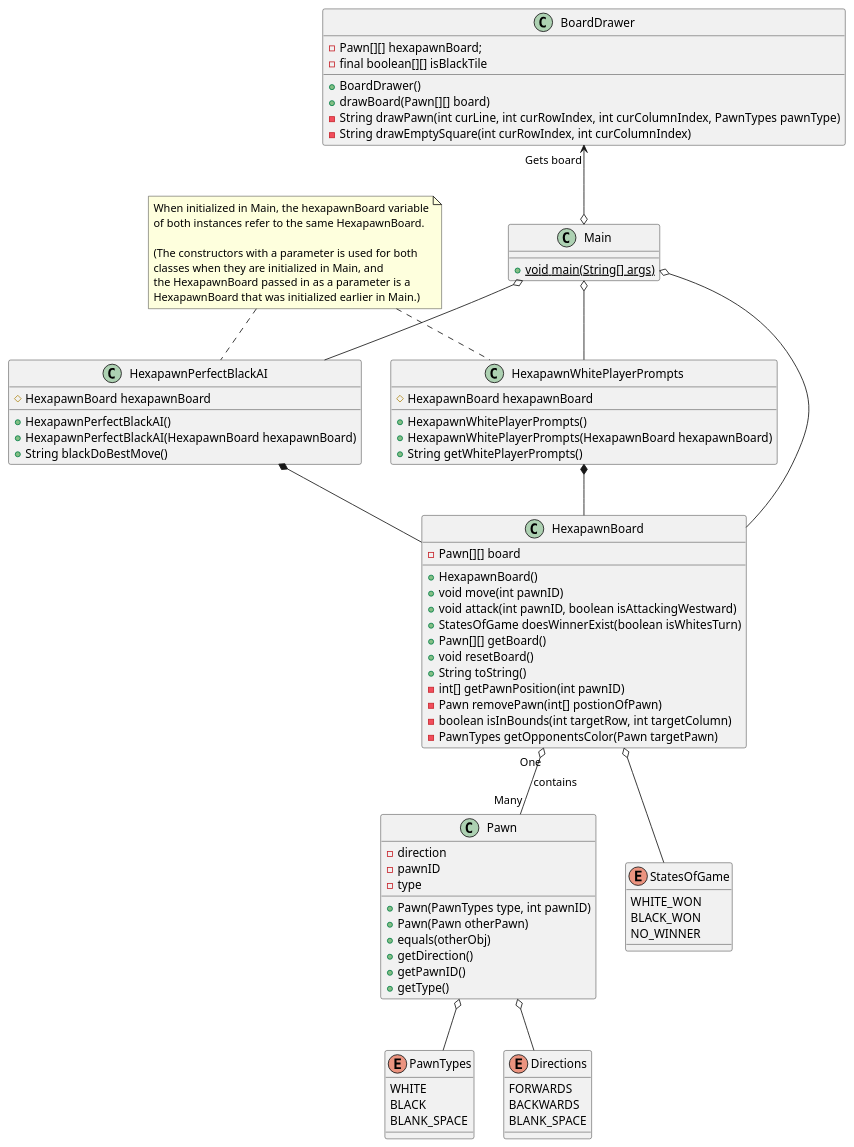
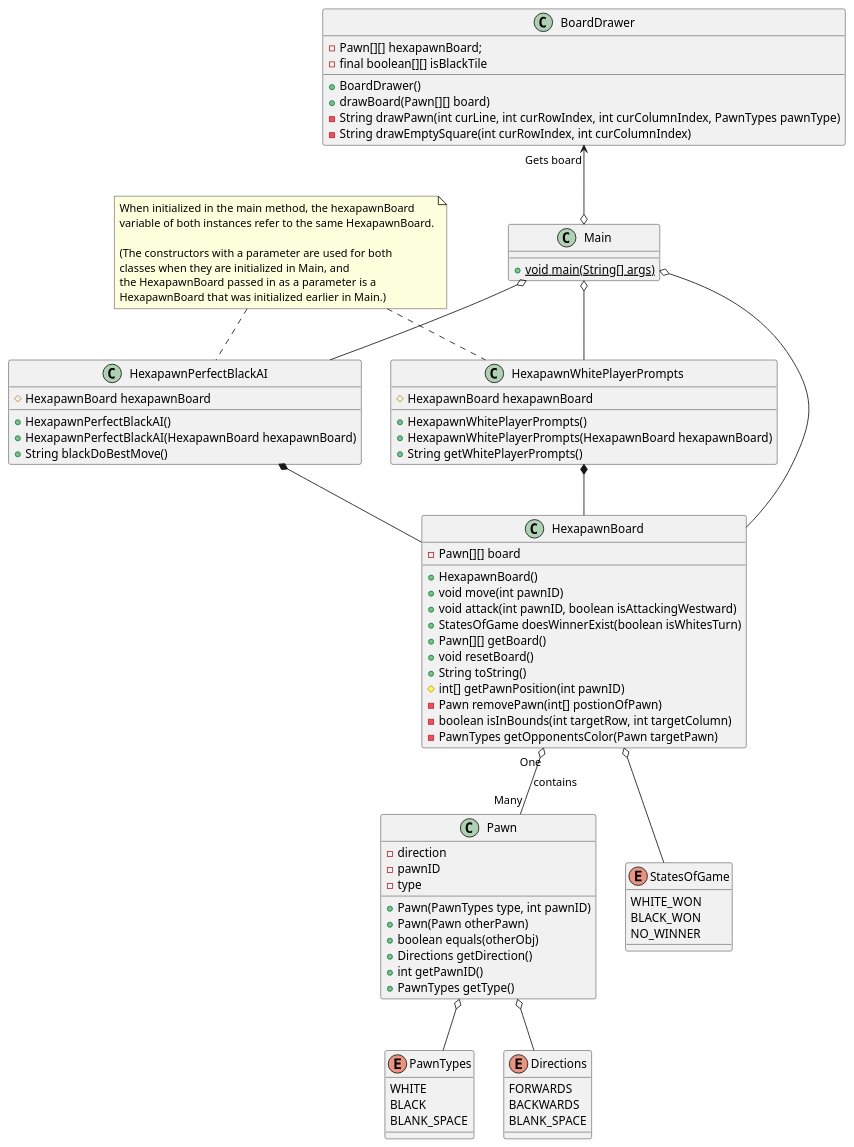
Before and after one commit to builderJP/hexapawn: the diagram in src/HexapawnClassDiagram.puml, drawn with PlantUML.

Commit message:
Docs: Class UML Diagram finished

```diff
--- a/src/HexapawnClassDiagram.puml
+++ b/src/HexapawnClassDiagram.puml
@@ -1,101 +1,101 @@
 @startuml
 'https://plantuml.com/class-diagram
 
 
 class Pawn{
     - direction
     - {field} pawnID
     - type
     + Pawn(PawnTypes type, int pawnID)
     + Pawn(Pawn otherPawn)
-    + equals(otherObj)
-    + getDirection()
-    + getPawnID()
-    + getType()
+    + boolean equals(otherObj)
+    + Directions getDirection()
+    + int getPawnID()
+    + PawnTypes getType()
 }
 
 class HexapawnBoard{
     - Pawn[][] board
     + HexapawnBoard()
     + void move(int pawnID)
     + void attack(int pawnID, boolean isAttackingWestward)
     + StatesOfGame doesWinnerExist(boolean isWhitesTurn)
     + Pawn[][] getBoard()
     + void resetBoard()
     + String toString()
-    - int[] getPawnPosition(int pawnID)
+    # int[] getPawnPosition(int pawnID)
     - Pawn removePawn(int[] postionOfPawn)
     - boolean isInBounds(int targetRow, int targetColumn)
     - PawnTypes getOpponentsColor(Pawn targetPawn)
 }
 
 class BoardDrawer{
     - Pawn[][] hexapawnBoard;
     - final boolean[][] isBlackTile
     + BoardDrawer()
     + drawBoard(Pawn[][] board)
     - String drawPawn(int curLine, int curRowIndex, int curColumnIndex, PawnTypes pawnType)
     - String drawEmptySquare(int curRowIndex, int curColumnIndex)
 }
 
 class HexapawnPerfectBlackAI{
     # HexapawnBoard hexapawnBoard
     + HexapawnPerfectBlackAI()
     + HexapawnPerfectBlackAI(HexapawnBoard hexapawnBoard)
     + String blackDoBestMove()
 }
 
 class HexapawnWhitePlayerPrompts{
     # HexapawnBoard hexapawnBoard
     + HexapawnWhitePlayerPrompts()
     + HexapawnWhitePlayerPrompts(HexapawnBoard hexapawnBoard)
     + String getWhitePlayerPrompts()
 }
 
 class Main{
     + void {static} main(String[] args)
 }
 
 enum PawnTypes{
     WHITE
     BLACK
     BLANK_SPACE
 }
 
 enum Directions{
     FORWARDS
     BACKWARDS
     BLANK_SPACE
 }
 
 enum StatesOfGame{
     WHITE_WON
     BLACK_WON
     NO_WINNER
 }
 
 Pawn o-- PawnTypes
 Pawn o-- Directions
 HexapawnBoard o-- StatesOfGame
 BoardDrawer "Gets board" <--o Main
 HexapawnPerfectBlackAI *-- HexapawnBoard
 HexapawnWhitePlayerPrompts *-- HexapawnBoard
 Main o-- HexapawnWhitePlayerPrompts
 Main o-- HexapawnPerfectBlackAI
 Main o-- HexapawnBoard
 HexapawnBoard "One" o-- "Many" Pawn : contains
 
 note as getBoardFromMain
-    When initialized in Main, the hexapawnBoard variable
-    of both instances refer to the same HexapawnBoard.
+    When initialized in the main method, the hexapawnBoard
+    variable of both instances refer to the same HexapawnBoard.
 
-    (The constructors with a parameter is used for both
+    (The constructors with a parameter are used for both
     classes when they are initialized in Main, and
     the HexapawnBoard passed in as a parameter is a
     HexapawnBoard that was initialized earlier in Main.)
 end note
 
 getBoardFromMain . HexapawnPerfectBlackAI
 getBoardFromMain .. HexapawnWhitePlayerPrompts
 
 @enduml
```
